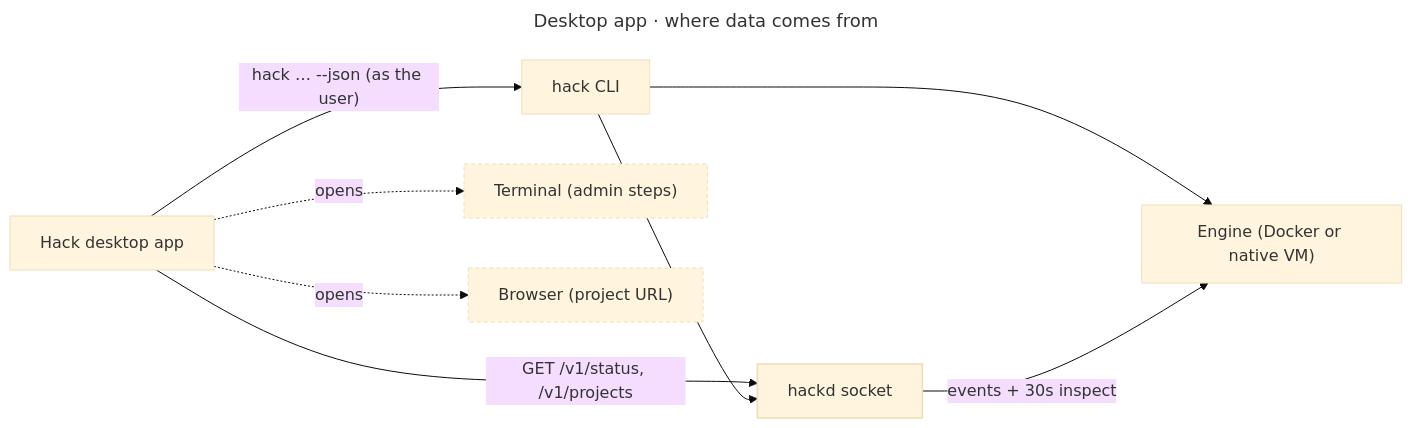
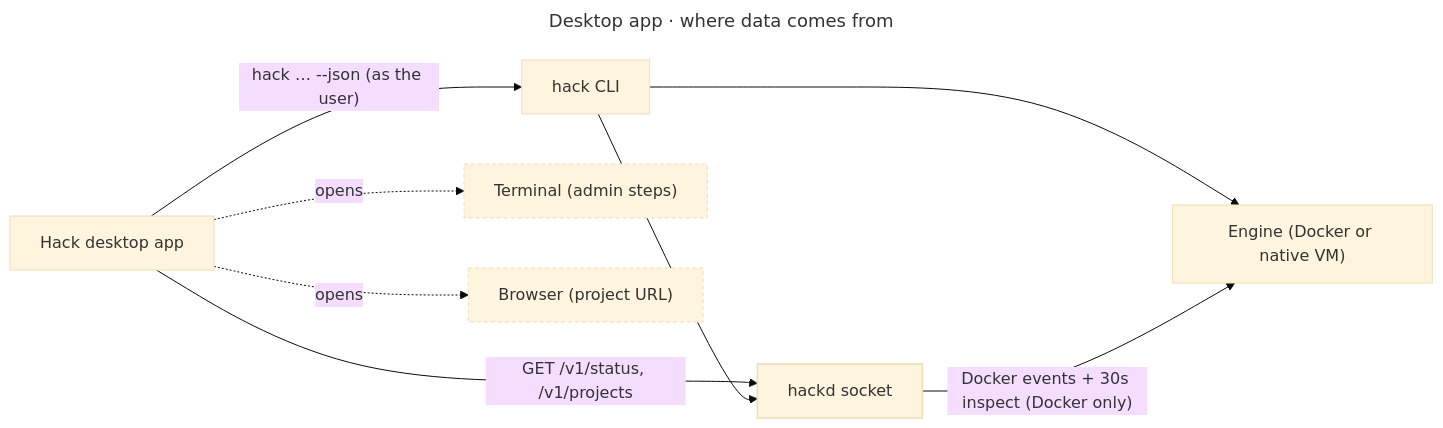
One commit to hack-dance/hack changed the diagram in apps/desktop/diagrams/data-flow.mmd. Above: the diagram before and after it, drawn with Mermaid (base theme). The commit also changed 6 other files, not shown here.

```diff
--- a/apps/desktop/diagrams/data-flow.mmd
+++ b/apps/desktop/diagrams/data-flow.mmd
@@ -1,15 +1,15 @@
 ---
 title: Desktop app · where data comes from
 ---
 flowchart LR
   App["Hack desktop app"] -->|"hack … --json (as the user)"| CLI["hack CLI"]
   App -->|"GET /v1/status, /v1/projects"| D["hackd socket"]
   CLI --> D
   CLI --> E["Engine (Docker or native VM)"]
-  D -->|"events + 30s inspect"| E
+  D -->|"Docker events + 30s inspect (Docker only)"| E
   App -.->|"opens"| T["Terminal (admin steps)"]
   App -.->|"opens"| B["Browser (project URL)"]
   classDef live stroke-width:1.6px
   classDef idle stroke-dasharray:4 3
   class D live
   class T,B idle
```
